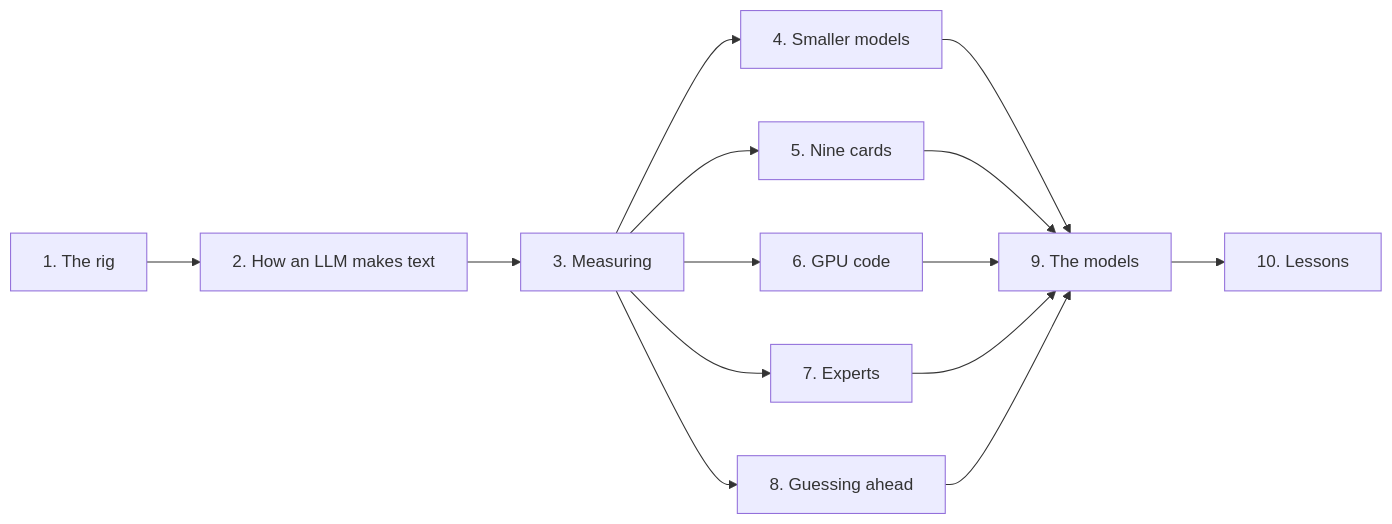
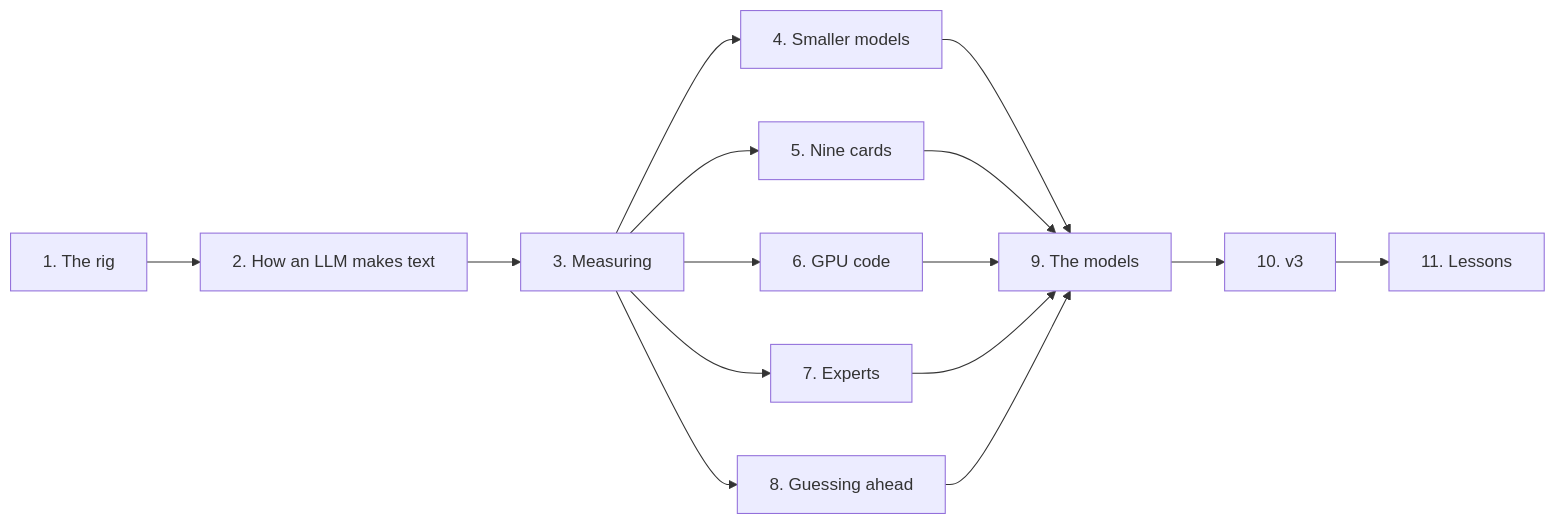
The diagram in docs/book/00-preface.md (Cinderella-Man/llms-on-crypto-mining-rigs), drawn with Mermaid before and after one commit. The commit also changed other lines of this file and 14 other files, not shown here.

````diff
--- a/docs/book/00-preface.md
+++ b/docs/book/00-preface.md
@@ -117,10 +118,10 @@
 ```mermaid
 flowchart LR
     A[1. The rig] --> B[2. How an LLM makes text] --> C[3. Measuring]
     C --> D[4. Smaller models]
     C --> E[5. Nine cards]
     C --> F[6. GPU code]
     C --> G[7. Experts]
     C --> H[8. Guessing ahead]
-    D & E & F & G & H --> I[9. The models] --> J[10. Lessons]
+    D & E & F & G & H --> I[9. The models] --> K[10. v3] --> J[11. Lessons]
 ```
````
